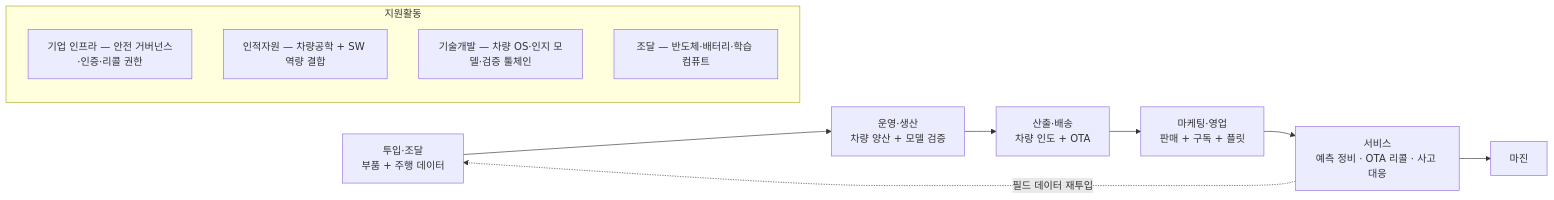
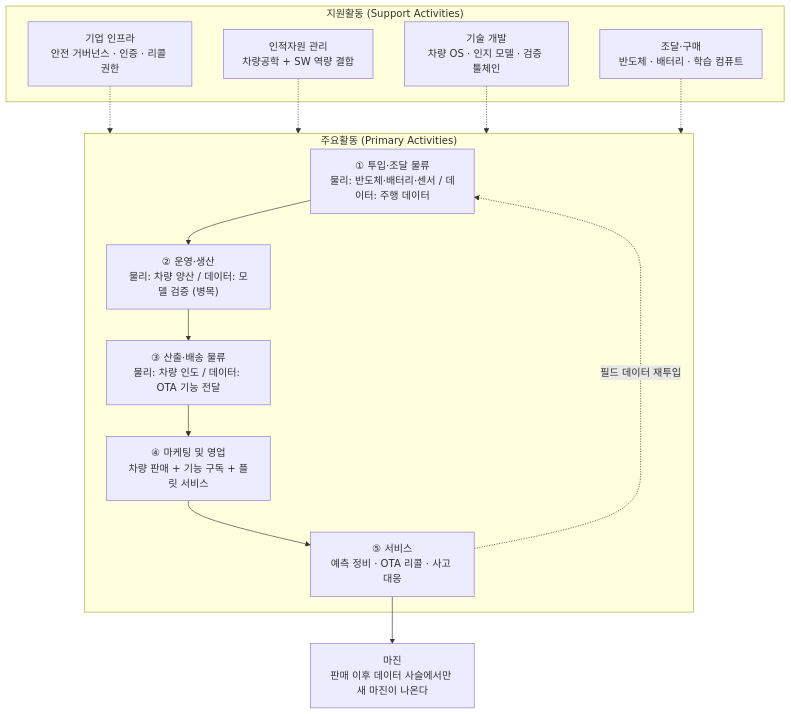
Before and after one commit to happai079/business-research-kokjip: the diagram in 02-value-chain/case-02-autonomous-driving-automotive.md, drawn with Mermaid. The commit also changed other lines of this file and 4 other files, not shown here.

First line of the commit message:
docs(ch02): surface the value chain overview diagram at the top

````diff
--- a/02-value-chain/case-02-autonomous-driving-automotive.md
+++ b/02-value-chain/case-02-autonomous-driving-automotive.md
@@ -192,15 +45,26 @@
 ```mermaid
-graph LR
-    subgraph SUP["지원활동"]
-        I["기업 인프라 — 안전 거버넌스·인증·리콜 권한"]
-        H["인적자원 — 차량공학 + SW 역량 결합"]
-        T["기술개발 — 차량 OS·인지 모델·검증 툴체인"]
-        P["조달 — 반도체·배터리·학습 컴퓨트"]
+graph TB
+    subgraph SUP["지원활동 (Support Activities)"]
+        I["기업 인프라<br/>안전 거버넌스 · 인증 · 리콜 권한"]
+        H["인적자원 관리<br/>차량공학 + SW 역량 결합"]
+        T["기술 개발<br/>차량 OS · 인지 모델 · 검증 툴체인"]
+        P["조달·구매<br/>반도체 · 배터리 · 학습 컴퓨트"]
     end
-    A1["투입·조달<br/>부품 + 주행 데이터"] --> A2["운영·생산<br/>차량 양산 + 모델 검증"]
-    A2 --> A3["산출·배송<br/>차량 인도 + OTA"]
-    A3 --> A4["마케팅·영업<br/>판매 + 구독 + 플릿"]
-    A4 --> A5["서비스<br/>예측 정비 · OTA 리콜 · 사고 대응"]
+
+    subgraph PRI["주요활동 (Primary Activities)"]
+        A1["① 투입·조달 물류<br/>물리: 반도체·배터리·센서 / 데이터: 주행 데이터"]
+        A2["② 운영·생산<br/>물리: 차량 양산 / 데이터: 모델 검증 (병목)"]
+        A3["③ 산출·배송 물류<br/>물리: 차량 인도 / 데이터: OTA 기능 전달"]
+        A4["④ 마케팅 및 영업<br/>차량 판매 + 기능 구독 + 플릿 서비스"]
+        A5["⑤ 서비스<br/>예측 정비 · OTA 리콜 · 사고 대응"]
+        A1 --> A2 --> A3 --> A4 --> A5
+    end
+
+    I -.-> PRI
+    H -.-> PRI
+    T -.-> PRI
+    P -.-> PRI
+
     A5 -.->|"필드 데이터 재투입"| A1
-    A5 --> M["마진"]
+    A5 --> M["마진<br/>판매 이후 데이터 사슬에서만 새 마진이 나온다"]
 ```
````
